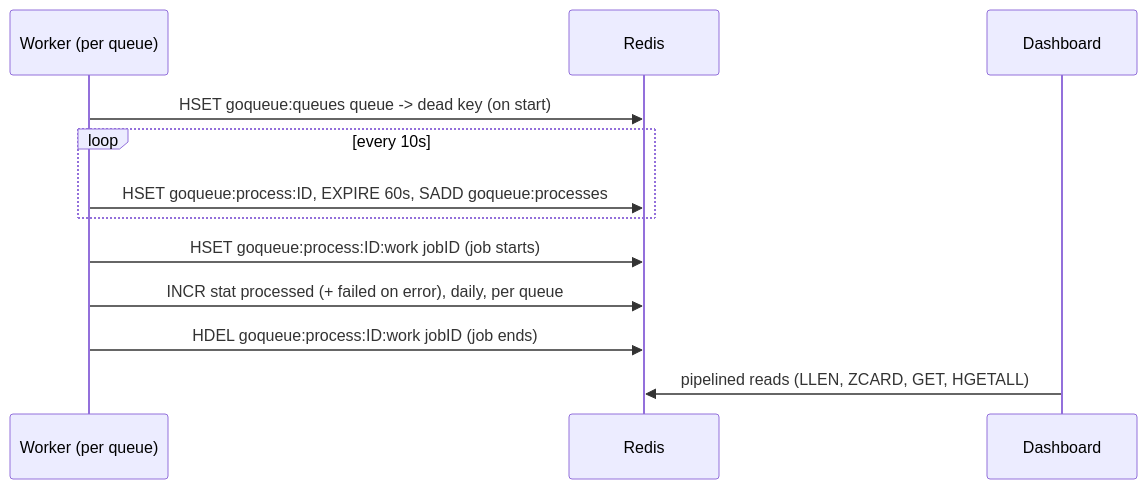
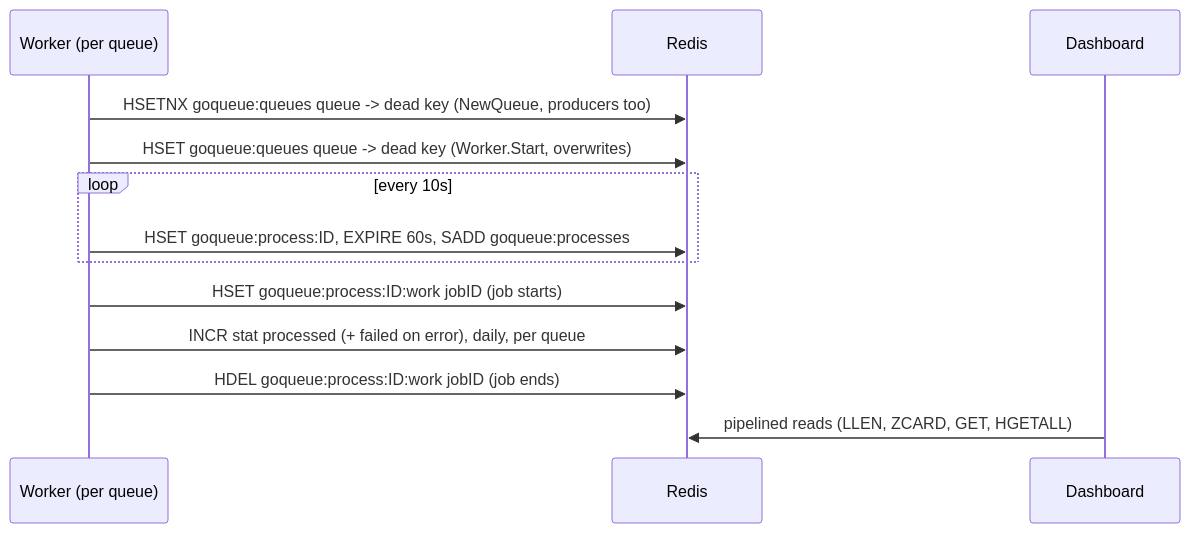
The third of 3 diagrams in docs/dashboard.md (danish-a1/goqueue), drawn with Mermaid before and after one commit. The commit also changed other lines of this file and 20 other files, not shown here.

````diff
--- a/docs/dashboard.md
+++ b/docs/dashboard.md
@@ -83,14 +85,15 @@
 ```mermaid
 sequenceDiagram
   participant W as Worker (per queue)
   participant R as Redis
   participant D as Dashboard
-  W->>R: HSET goqueue:queues queue -> dead key (on start)
+  W->>R: HSETNX goqueue:queues queue -> dead key (NewQueue, producers too)
+  W->>R: HSET goqueue:queues queue -> dead key (Worker.Start, overwrites)
   loop every 10s
     W->>R: HSET goqueue:process:ID, EXPIRE 60s, SADD goqueue:processes
   end
   W->>R: HSET goqueue:process:ID:work jobID (job starts)
   W->>R: INCR stat processed (+ failed on error), daily, per queue
   W->>R: HDEL goqueue:process:ID:work jobID (job ends)
   D->>R: pipelined reads (LLEN, ZCARD, GET, HGETALL)
 ```
````
